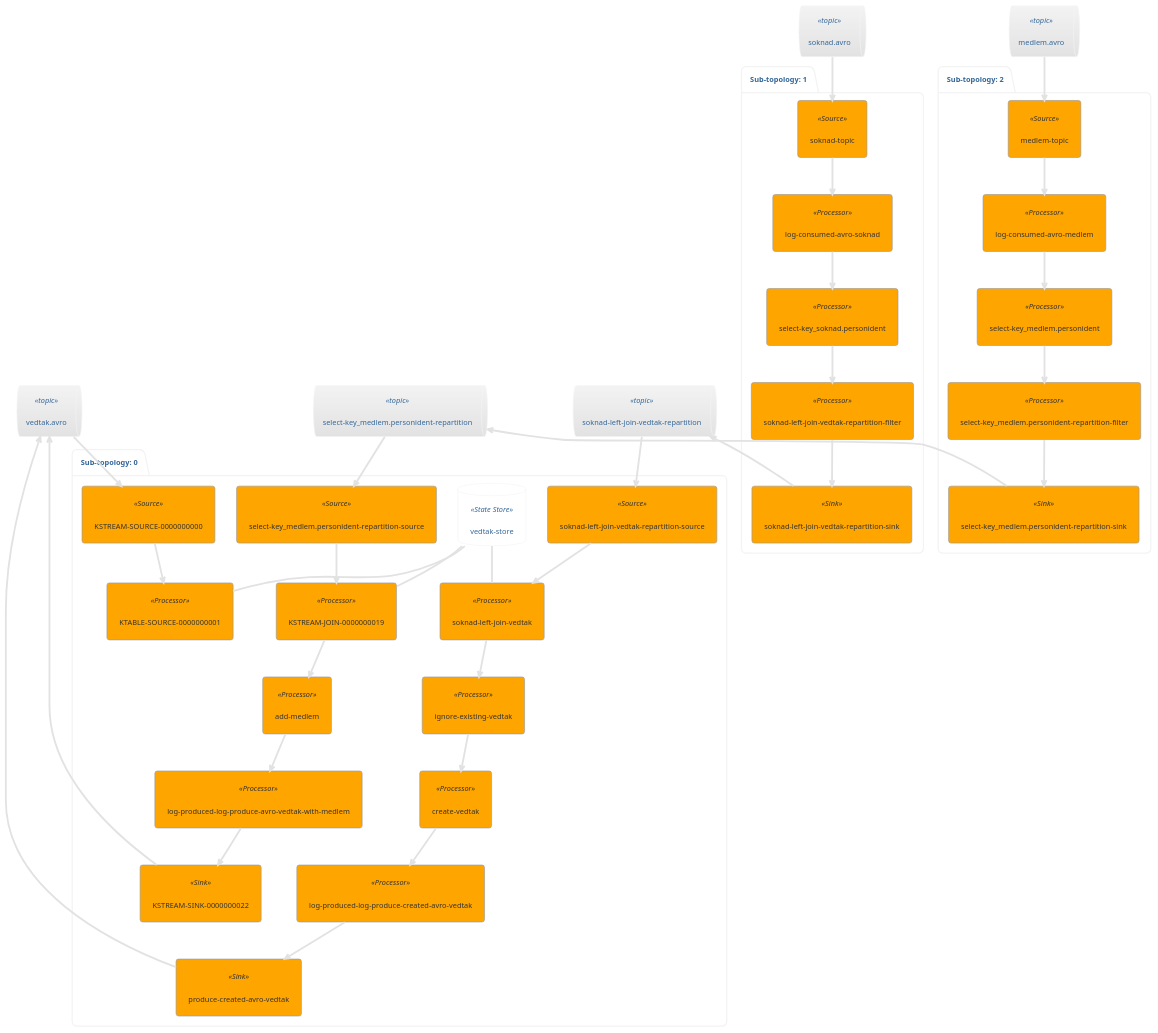
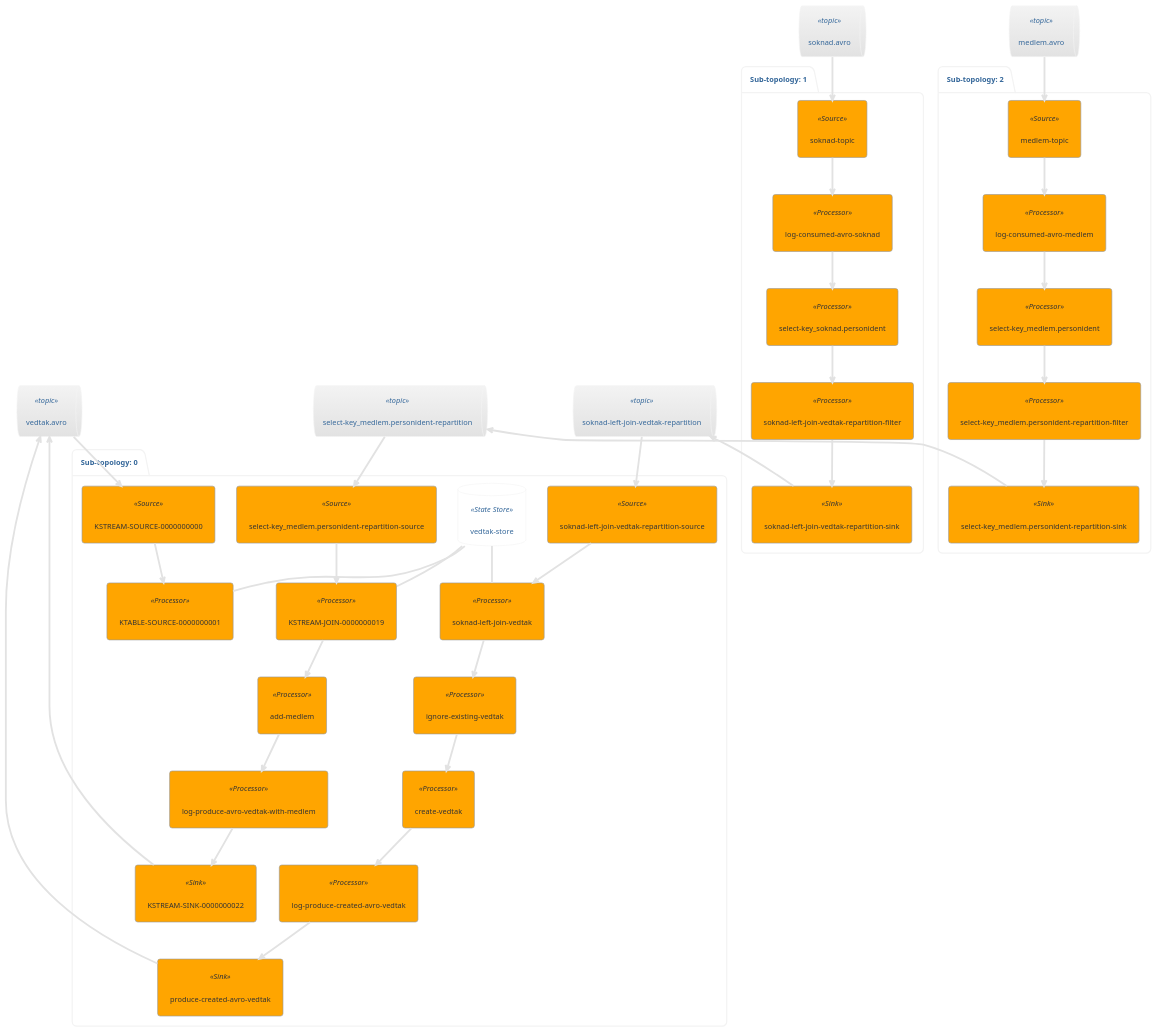
Before and after one commit to rtc11/poc: the diagram in app/kafka-streams-avro/topology.puml, drawn with PlantUML. The commit also changed 2 other files, not shown here.

```diff
--- a/app/kafka-streams-avro/topology.puml
+++ b/app/kafka-streams-avro/topology.puml
@@ -1,68 +1,68 @@
 @startuml
 !theme lightgray
 queue "vedtak.avro" <<topic>> as vedtak_avro
 queue "soknad-left-join-vedtak-repartition" <<topic>> as soknad_left_join_vedtak_repartition
 queue "select-key_medlem.personident-repartition" <<topic>> as select_key_medlem_personident_repartition
 queue "soknad.avro" <<topic>> as soknad_avro
 queue "medlem.avro" <<topic>> as medlem_avro
 package "Sub-topology: 0" {
 	database "vedtak-store" <<State Store>> as vedtak_store
 	agent "soknad-left-join-vedtak-repartition-source" <<Source>> as soknad_left_join_vedtak_repartition_source
 	agent "select-key_medlem.personident-repartition-source" <<Source>> as select_key_medlem_personident_repartition_source
 	agent "soknad-left-join-vedtak" <<Processor>> as soknad_left_join_vedtak
 	agent "KSTREAM-JOIN-0000000019" <<Processor>> as KSTREAM_JOIN_0000000019
 	agent "ignore-existing-vedtak" <<Processor>> as ignore_existing_vedtak
 	agent "add-medlem" <<Processor>> as add_medlem
 	agent "create-vedtak" <<Processor>> as create_vedtak
 	agent "KSTREAM-SOURCE-0000000000" <<Source>> as KSTREAM_SOURCE_0000000000
-	agent "log-produced-log-produce-avro-vedtak-with-medlem" <<Processor>> as log_produced_log_produce_avro_vedtak_with_medlem
-	agent "log-produced-log-produce-created-avro-vedtak" <<Processor>> as log_produced_log_produce_created_avro_vedtak
+	agent "log-produce-avro-vedtak-with-medlem" <<Processor>> as log_produce_avro_vedtak_with_medlem
+	agent "log-produce-created-avro-vedtak" <<Processor>> as log_produce_created_avro_vedtak
 	agent "KSTREAM-SINK-0000000022" <<Sink>> as KSTREAM_SINK_0000000022
 	agent "KTABLE-SOURCE-0000000001" <<Processor>> as KTABLE_SOURCE_0000000001
 	agent "produce-created-avro-vedtak" <<Sink>> as produce_created_avro_vedtak
 	soknad_left_join_vedtak_repartition --> soknad_left_join_vedtak_repartition_source
 	select_key_medlem_personident_repartition --> select_key_medlem_personident_repartition_source
 	vedtak_store -- soknad_left_join_vedtak
 	vedtak_store -- KSTREAM_JOIN_0000000019
 	vedtak_avro --> KSTREAM_SOURCE_0000000000
 	vedtak_avro <-- KSTREAM_SINK_0000000022
 	vedtak_store -- KTABLE_SOURCE_0000000001
 	vedtak_avro <-- produce_created_avro_vedtak
 	soknad_left_join_vedtak_repartition_source --> soknad_left_join_vedtak
 	select_key_medlem_personident_repartition_source --> KSTREAM_JOIN_0000000019
 	soknad_left_join_vedtak --> ignore_existing_vedtak
 	KSTREAM_JOIN_0000000019 --> add_medlem
 	ignore_existing_vedtak --> create_vedtak
-	add_medlem --> log_produced_log_produce_avro_vedtak_with_medlem
-	create_vedtak --> log_produced_log_produce_created_avro_vedtak
+	add_medlem --> log_produce_avro_vedtak_with_medlem
+	create_vedtak --> log_produce_created_avro_vedtak
 	KSTREAM_SOURCE_0000000000 --> KTABLE_SOURCE_0000000001
-	log_produced_log_produce_avro_vedtak_with_medlem --> KSTREAM_SINK_0000000022
-	log_produced_log_produce_created_avro_vedtak --> produce_created_avro_vedtak
+	log_produce_avro_vedtak_with_medlem --> KSTREAM_SINK_0000000022
+	log_produce_created_avro_vedtak --> produce_created_avro_vedtak
 }
 package "Sub-topology: 1" {
 	agent "soknad-topic" <<Source>> as soknad_topic
 	agent "log-consumed-avro-soknad" <<Processor>> as log_consumed_avro_soknad
 	agent "select-key_soknad.personident" <<Processor>> as select_key_soknad_personident
 	agent "soknad-left-join-vedtak-repartition-filter" <<Processor>> as soknad_left_join_vedtak_repartition_filter
 	agent "soknad-left-join-vedtak-repartition-sink" <<Sink>> as soknad_left_join_vedtak_repartition_sink
 	soknad_avro --> soknad_topic
 	soknad_left_join_vedtak_repartition <-- soknad_left_join_vedtak_repartition_sink
 	soknad_topic --> log_consumed_avro_soknad
 	log_consumed_avro_soknad --> select_key_soknad_personident
 	select_key_soknad_personident --> soknad_left_join_vedtak_repartition_filter
 	soknad_left_join_vedtak_repartition_filter --> soknad_left_join_vedtak_repartition_sink
 }
 package "Sub-topology: 2" {
 	agent "medlem-topic" <<Source>> as medlem_topic
 	agent "log-consumed-avro-medlem" <<Processor>> as log_consumed_avro_medlem
 	agent "select-key_medlem.personident" <<Processor>> as select_key_medlem_personident
 	agent "select-key_medlem.personident-repartition-filter" <<Processor>> as select_key_medlem_personident_repartition_filter
 	agent "select-key_medlem.personident-repartition-sink" <<Sink>> as select_key_medlem_personident_repartition_sink
 	medlem_avro --> medlem_topic
 	select_key_medlem_personident_repartition <-- select_key_medlem_personident_repartition_sink
 	medlem_topic --> log_consumed_avro_medlem
 	log_consumed_avro_medlem --> select_key_medlem_personident
 	select_key_medlem_personident --> select_key_medlem_personident_repartition_filter
 	select_key_medlem_personident_repartition_filter --> select_key_medlem_personident_repartition_sink
 }
 @enduml
```
